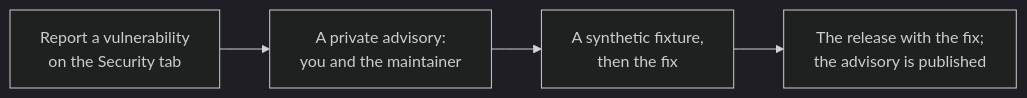
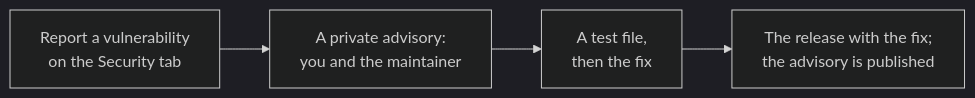
One commit to caoccao/cc-media-probe changed the second of 4 diagrams in CONTRIBUTING.md. Above: the diagram before and after it, drawn with Mermaid (dark theme). The commit also changed other lines of this file and 27 other files, not shown here.

````diff
--- a/CONTRIBUTING.md
+++ b/CONTRIBUTING.md
@@ -45,6 +45,6 @@
 ```mermaid
 flowchart LR
   R["Report a vulnerability<br/>on the Security tab"] --> P["A private advisory:<br/>you and the maintainer"]
-  P --> F["A synthetic fixture,<br/>then the fix"]
+  P --> F["A test file,<br/>then the fix"]
   F --> A["The release with the fix;<br/>the advisory is published"]
 ```
````
